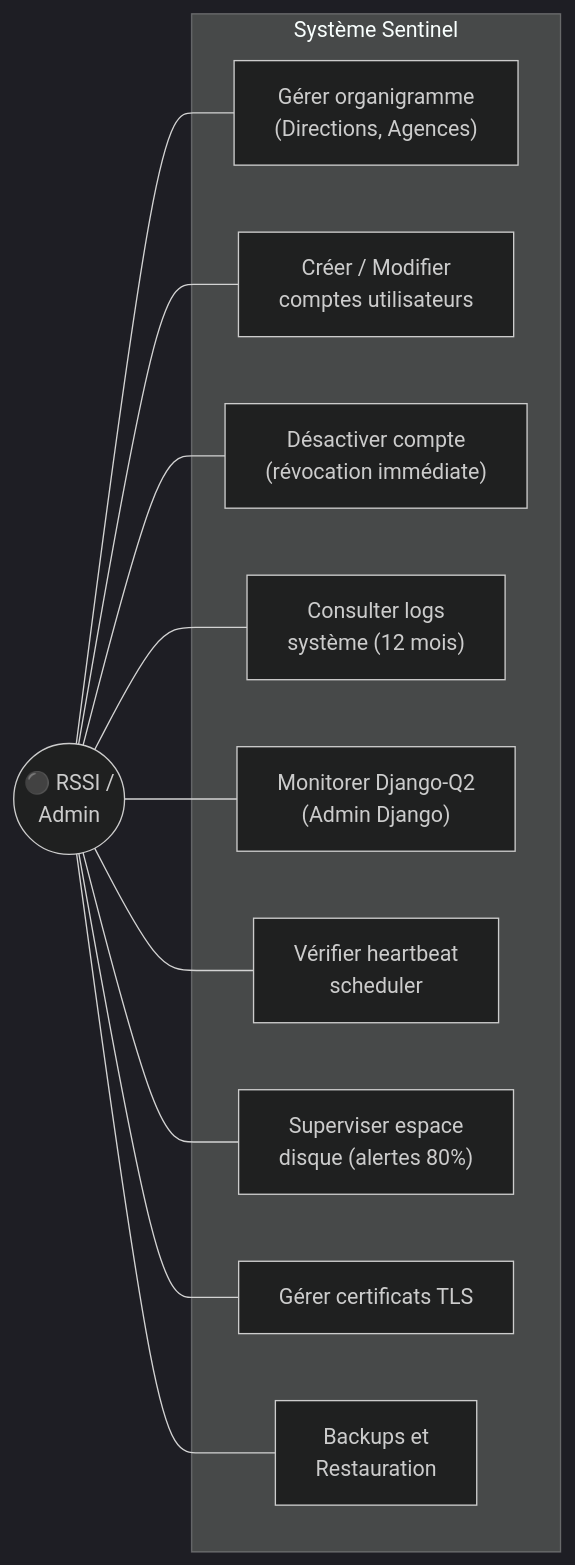
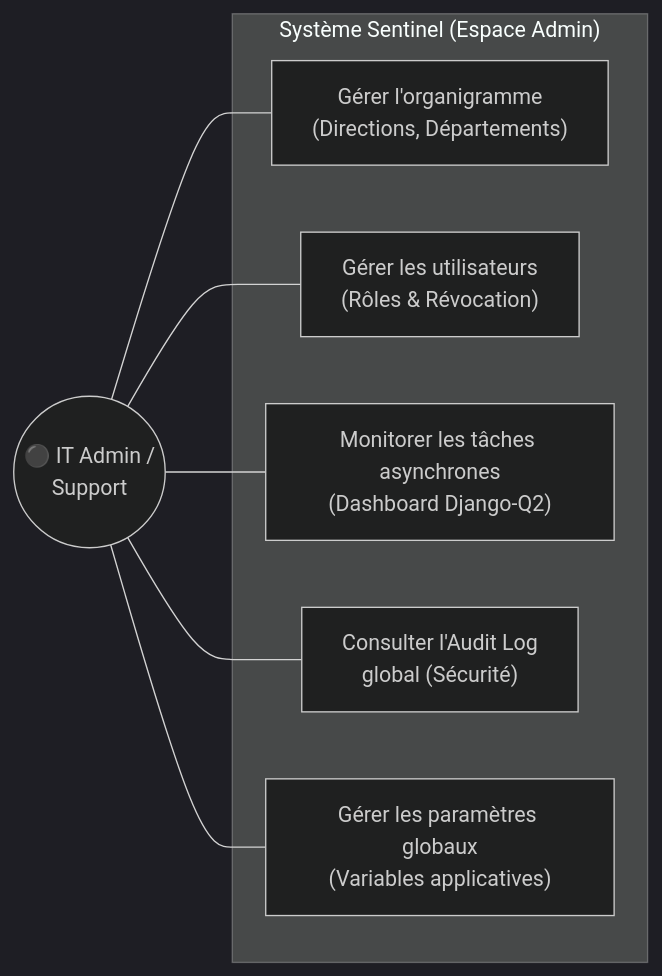
The ninth of 24 diagrams in _bmad-output/planning-artifacts/architecture-v2.md (Tchendjou2003/bicec--Sentinel), drawn with Mermaid (dark theme) before and after one commit. The commit also changed other lines of this file and 7 other files, not shown here.

Commit message:
feat: add planning artifacts including UX design specifications, architecture, and project documentation

````diff
--- a/_bmad-output/planning-artifacts/architecture-v2.md
+++ b/_bmad-output/planning-artifacts/architecture-v2.md
@@ -787,26 +823,18 @@
 ```mermaid
 flowchart LR
-    subgraph "Système Sentinel"
-        UC1["Gérer organigramme\n(Directions, Agences)"]
-        UC2["Créer / Modifier\ncomptes utilisateurs"]
-        UC3["Désactiver compte\n(révocation immédiate)"]
-        UC4["Consulter logs\nsystème (12 mois)"]
-        UC5["Monitorer Django-Q2\n(Admin Django)"]
-        UC6["Vérifier heartbeat\nscheduler"]
-        UC7["Superviser espace\ndisque (alertes 80%)"]
-        UC8["Gérer certificats TLS"]
-        UC9["Backups et\nRestauration"]
+    subgraph "Système Sentinel (Espace Admin)"
+        UC1["Gérer l'organigramme\n(Directions, Départements)"]
+        UC2["Gérer les utilisateurs\n(Rôles & Révocation)"]
+        UC3["Monitorer les tâches asynchrones\n(Dashboard Django-Q2)"]
+        UC4["Consulter l'Audit Log\nglobal (Sécurité)"]
+        UC5["Gérer les paramètres globaux\n(Variables applicatives)"]
     end
 
-    RSSI(("⚫ RSSI /\nAdmin"))
+    RSSI(("⚫ IT Admin /\nSupport"))
 
     RSSI --- UC1
     RSSI --- UC2
     RSSI --- UC3
     RSSI --- UC4
     RSSI --- UC5
-    RSSI --- UC6
-    RSSI --- UC7
-    RSSI --- UC8
-    RSSI --- UC9
 ```
````
